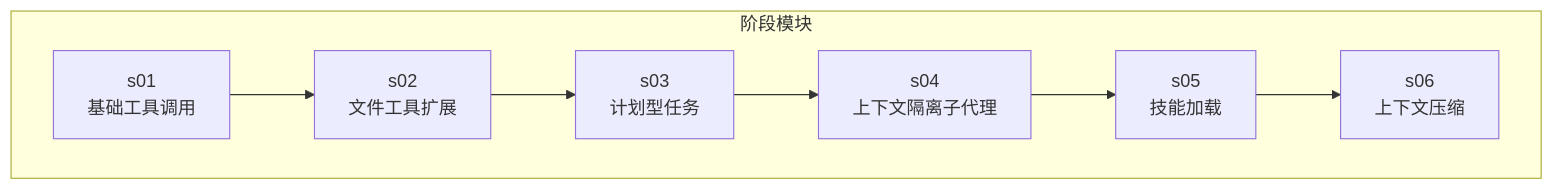
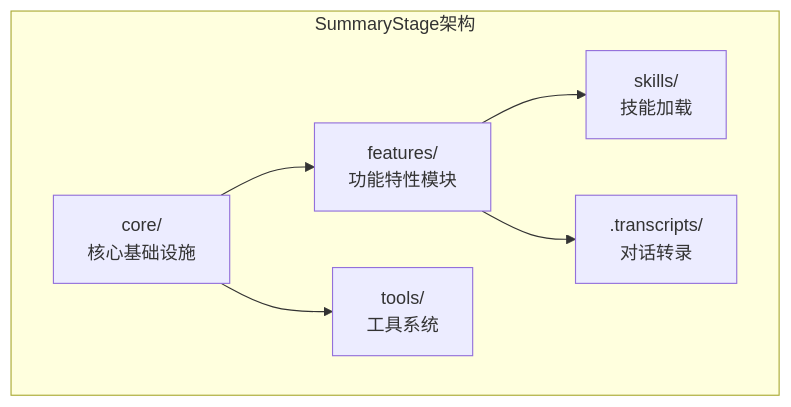
The first of 6 diagrams in .qoder/repowiki/zh/content/核心功能详解/上下文隔离架构.md (eurekaYYzero/Mini-Claude-Code), drawn with Mermaid before and after one commit. The commit also changed other lines of this file and 27 other files, not shown here.

````diff
--- a/.qoder/repowiki/zh/content/核心功能详解/上下文隔离架构.md
+++ b/.qoder/repowiki/zh/content/核心功能详解/上下文隔离架构.md
@@ -50,12 +52,14 @@
 ```mermaid
 graph TB
-subgraph "阶段模块"
-S01["s01<br/>基础工具调用"]
-S02["s02<br/>文件工具扩展"]
-S03["s03<br/>计划型任务"]
-S04["s04<br/>上下文隔离子代理"]
-S05["s05<br/>技能加载"]
-S06["s06<br/>上下文压缩"]
+subgraph "SummaryStage架构"
+Core["core/<br/>核心基础设施"]
+Features["features/<br/>功能特性模块"]
+Tools["tools/<br/>工具系统"]
+Skills["skills/<br/>技能加载"]
+Transcripts[".transcripts/<br/>对话转录"]
 end
-S01 --> S02 --> S03 --> S04 --> S05 --> S06
+Core --> Features
+Core --> Tools
+Features --> Skills
+Features --> Transcripts
 ```
````
